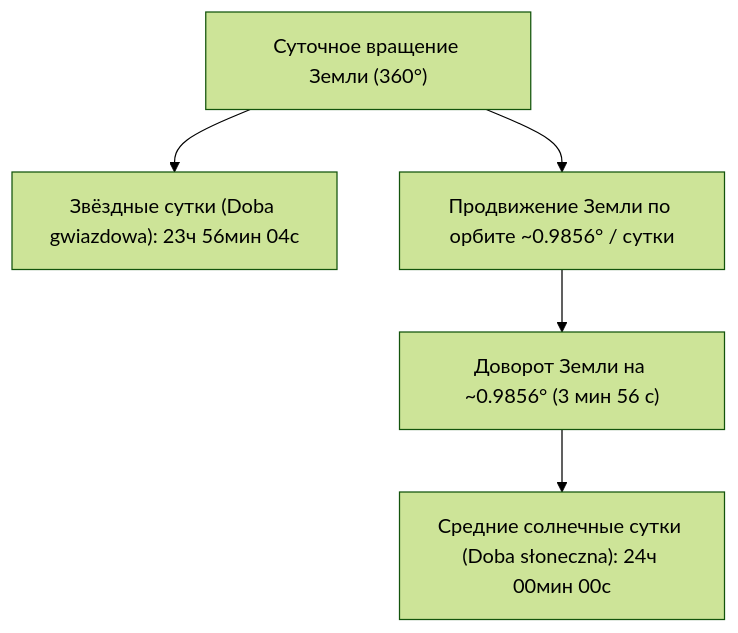
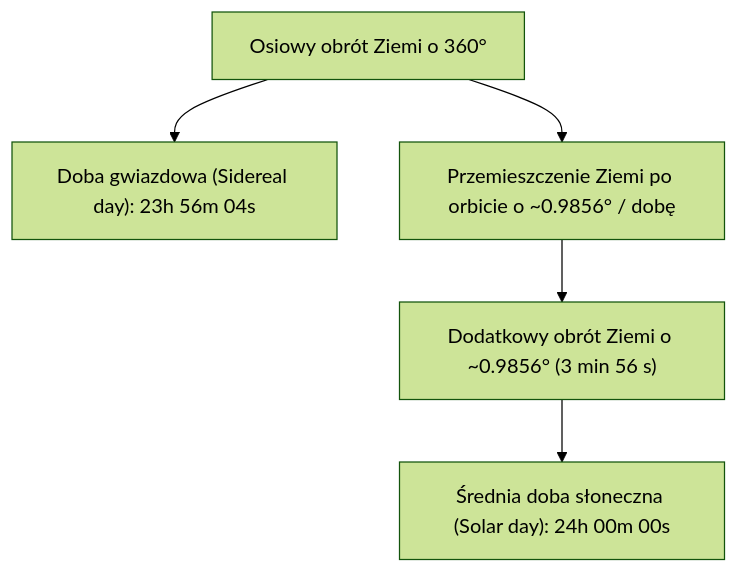
The third of 5 diagrams in Tema_01_Układ_Słoneczny_Ziemia_Księżyc.md (OksanaBukina/astronomia), drawn with Mermaid (forest theme) before and after one commit. The commit also changed other lines of this file and 1 other file, not shown here.

Commit message:
Refine textbook: exact solar mass digits, Polish diagram labels, math variables descriptions, move answers to Section 18

````diff
--- a/Tema_01_Układ_Słoneczny_Ziemia_Księżyc.md
+++ b/Tema_01_Układ_Słoneczny_Ziemia_Księżyc.md
@@ -271,7 +272,7 @@
 ```mermaid
 flowchart TD
-    A["Суточное вращение Земли (360°)"] --> Sidereal["Звёздные сутки (Doba gwiazdowa): 23ч 56мин 04с"]
-    A --> OrbitMove["Продвижение Земли по орбите ~0.9856° / сутки"]
-    OrbitMove --> ExtraRotation["Доворот Земли на ~0.9856° (3 мин 56 с)"]
-    ExtraRotation --> Solar["Средние солнечные сутки (Doba słoneczna): 24ч 00мин 00с"]
+    A["Osiowy obrót Ziemi o 360°"] --> Sidereal["Doba gwiazdowa (Sidereal day): 23h 56m 04s"]
+    A --> OrbitMove["Przemieszczenie Ziemi po orbicie o ~0.9856° / dobę"]
+    OrbitMove --> ExtraRotation["Dodatkowy obrót Ziemi o ~0.9856° (3 min 56 s)"]
+    ExtraRotation --> Solar["Średnia doba słoneczna (Solar day): 24h 00m 00s"]
 ```
````
